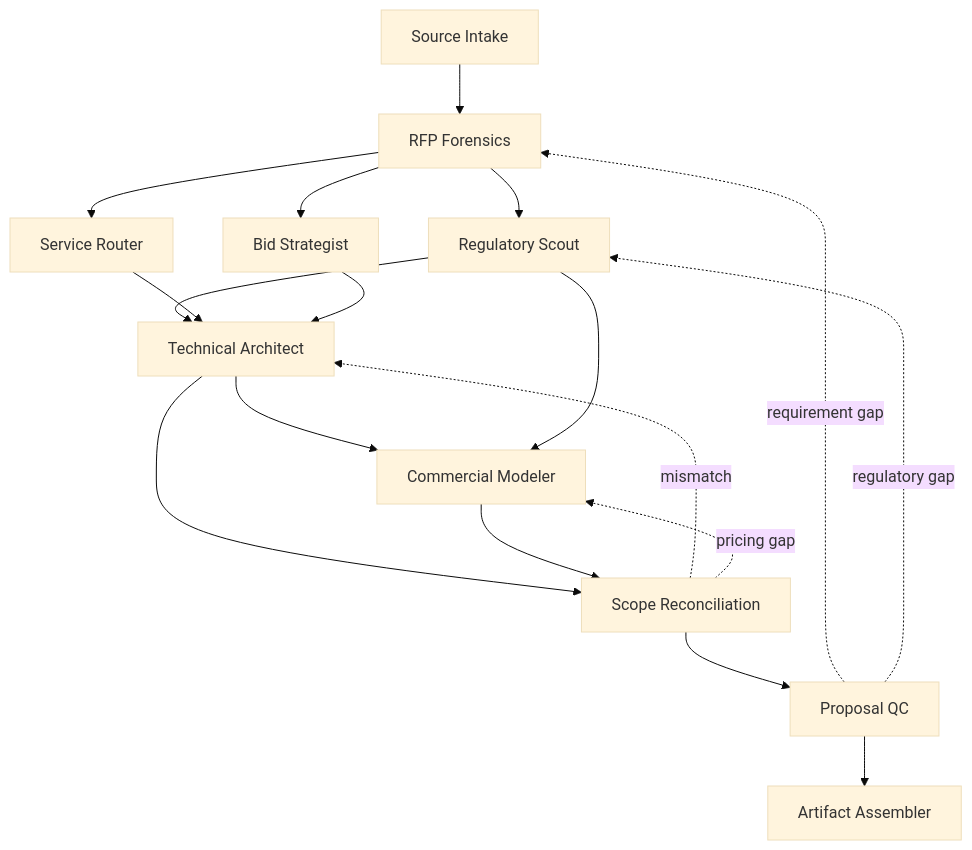
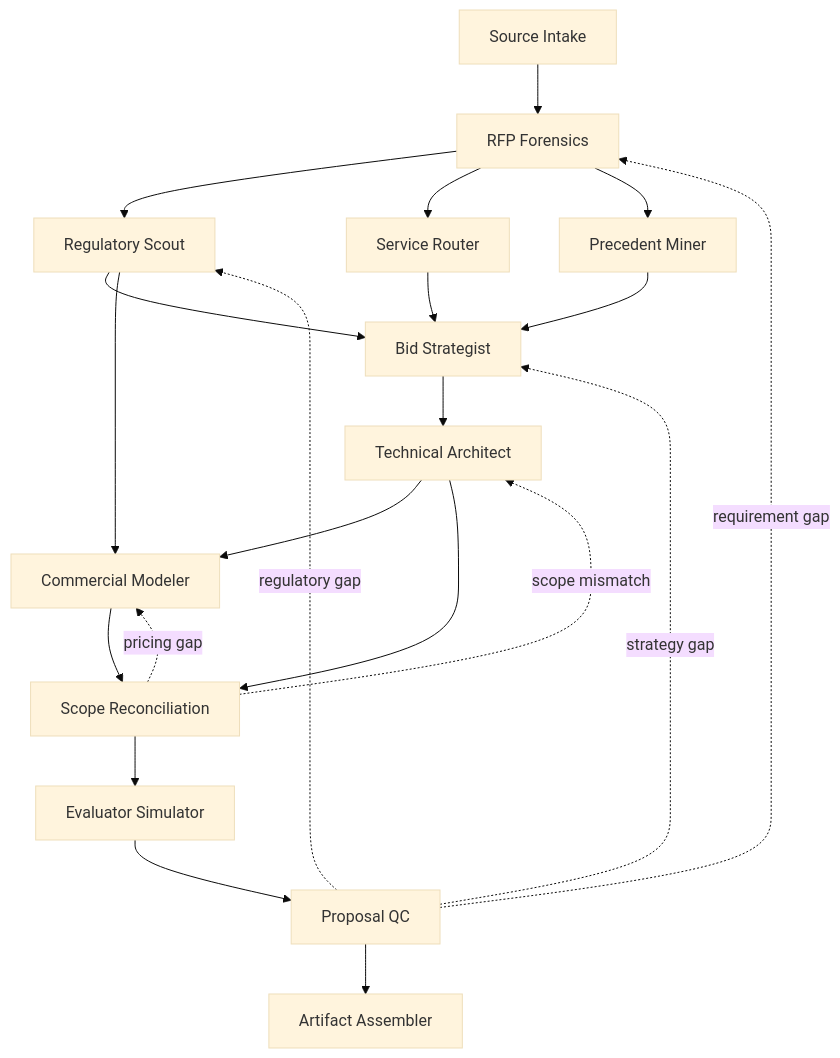
The diagram in README.md (imMamdouhaboammar/saudi-marcom-proposal), drawn with Mermaid (base theme) before and after one commit. The commit also changed other lines of this file and 13 other files, not shown here.

````diff
--- a/README.md
+++ b/README.md
@@ -22,20 +24,23 @@
 ```mermaid
 flowchart TD
     A[Source Intake] --> B[RFP Forensics]
     B --> C[Regulatory Scout]
     B --> D[Service Router]
-    B --> E[Bid Strategist]
-    C --> F[Technical Architect]
+    B --> E[Precedent Miner]
+    C --> F[Bid Strategist]
     D --> F
     E --> F
-    F --> G[Commercial Modeler]
-    C --> G
-    F --> H[Scope Reconciliation]
+    F --> G[Technical Architect]
+    C --> H[Commercial Modeler]
     G --> H
-    H --> I[Proposal QC]
-    I --> J[Artifact Assembler]
-    H -. mismatch .-> F
-    H -. pricing gap .-> G
-    I -. requirement gap .-> B
-    I -. regulatory gap .-> C
+    G --> I[Scope Reconciliation]
+    H --> I
+    I --> J[Evaluator Simulator]
+    J --> K[Proposal QC]
+    K --> L[Artifact Assembler]
+    I -. scope mismatch .-> G
+    I -. pricing gap .-> H
+    K -. requirement gap .-> B
+    K -. regulatory gap .-> C
+    K -. strategy gap .-> F
 ```
````
